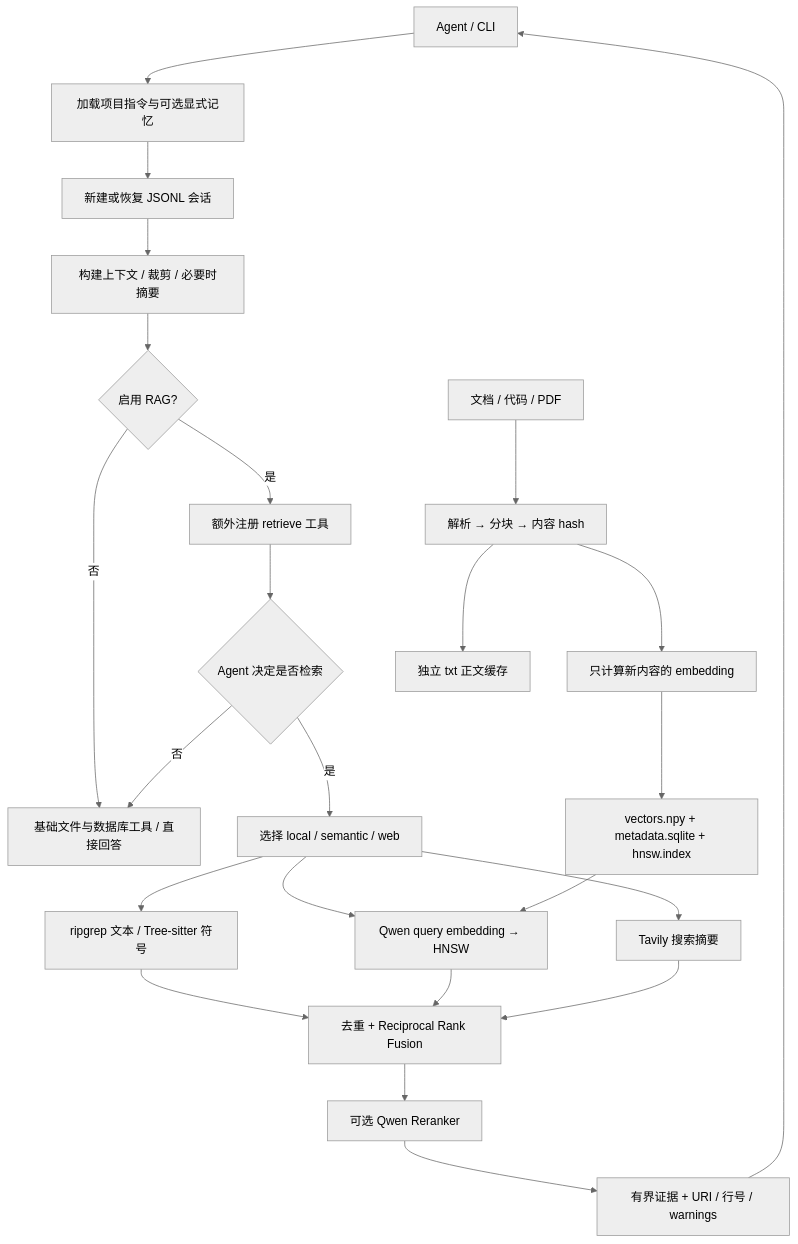
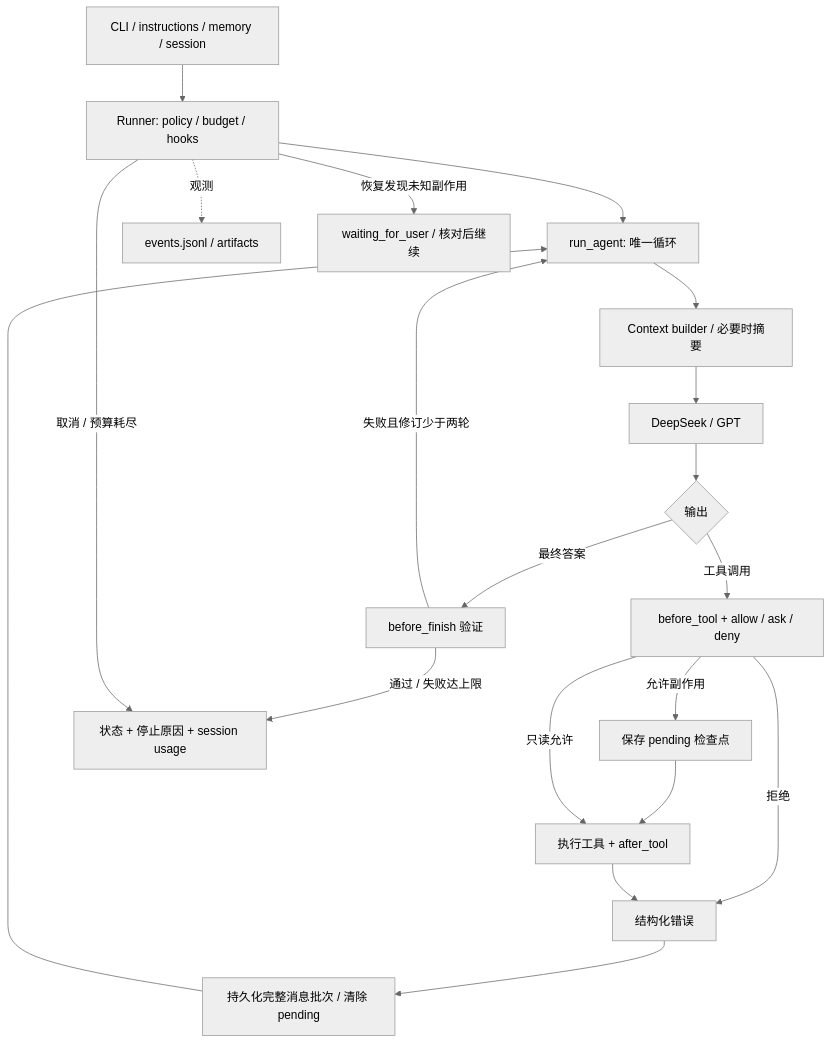
The first of 3 diagrams in docs/architecture.md (Huangsj1/ajAgent), drawn with Mermaid (neutral theme) before and after one commit. The commit also changed other lines of this file and 23 other files, not shown here.

````diff
--- a/docs/architecture.md
+++ b/docs/architecture.md
@@ -3,24 +3,22 @@
 ```mermaid
 flowchart TD
-    A[Agent / CLI] --> H[加载项目指令与可选显式记忆]
-    H --> J[新建或恢复 JSONL 会话]
-    J --> Ctx[构建上下文 / 裁剪 / 必要时摘要]
-    Ctx --> E{启用 RAG?}
-    E -->|否| B[基础文件与数据库工具 / 直接回答]
-    E -->|是| T[额外注册 retrieve 工具]
-    T --> D{Agent 决定是否检索}
-    D -->|否| B
-    D -->|是| S[选择 local / semantic / web]
-    S --> L[ripgrep 文本 / Tree-sitter 符号]
-    S --> V[Qwen query embedding → HNSW]
-    S --> W[Tavily 搜索摘要]
-    L & V & W --> F[去重 + Reciprocal Rank Fusion]
-    F --> R[可选 Qwen Reranker]
-    R --> O[有界证据 + URI / 行号 / warnings]
-    O --> A
-    K[文档 / 代码 / PDF] --> C[解析 → 分块 → 内容 hash]
-    C --> Q[只计算新内容的 embedding]
-    C --> X[独立 txt 正文缓存]
-    Q --> I[vectors.npy + metadata.sqlite + hnsw.index]
-    I --> V
+    U[CLI / instructions / memory / session] --> R[Runner: policy / budget / hooks]
+    R --> L[run_agent: 唯一循环]
+    L --> C[Context builder / 必要时摘要]
+    C --> M[DeepSeek / GPT]
+    M --> D{输出}
+    D -->|工具调用| P[before_tool + allow / ask / deny]
+    P -->|允许副作用| I[保存 pending 检查点]
+    I --> T[执行工具 + after_tool]
+    P -->|只读允许| T
+    P -->|拒绝| O[结构化错误]
+    T --> O
+    O --> S[持久化完整消息批次 / 清除 pending]
+    S --> L
+    D -->|最终答案| V[before_finish 验证]
+    V -->|失败且修订少于两轮| L
+    V -->|通过 / 失败达上限| F[状态 + 停止原因 + session usage]
+    R -.观测.-> E[events.jsonl / artifacts]
+    R -->|取消 / 预算耗尽| F
+    R -->|恢复发现未知副作用| W[waiting_for_user / 核对后继续]
 ```
````
